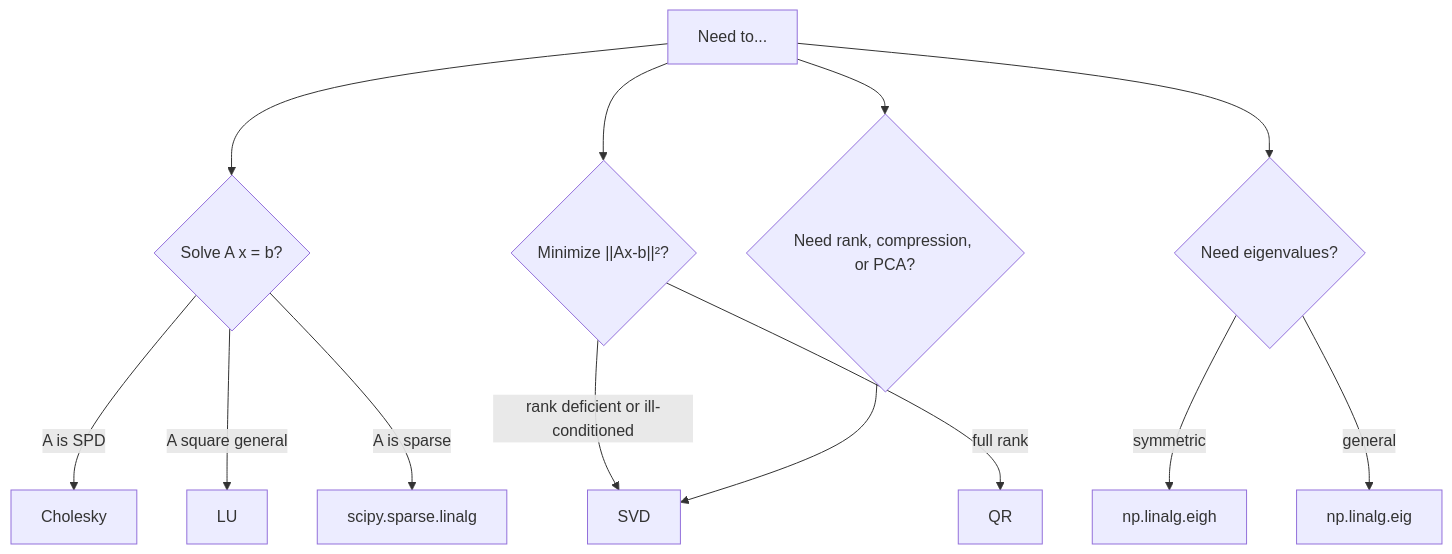
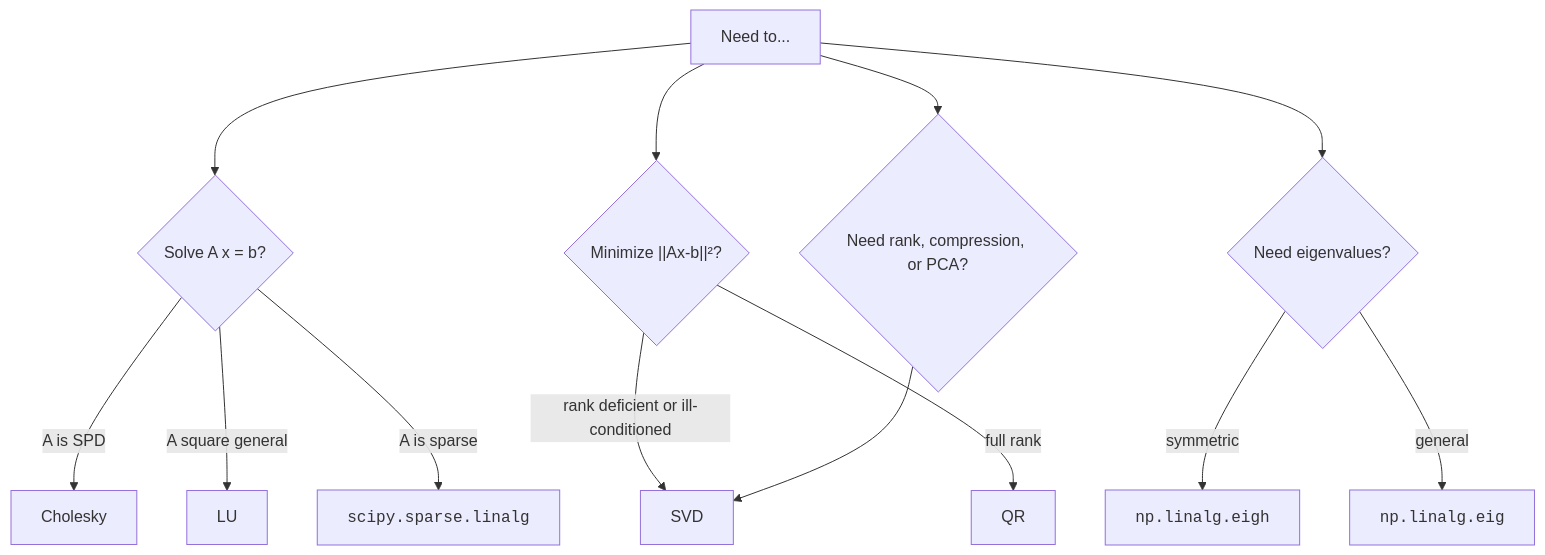
Before and after one commit to dataslope/dataslope: the second of 2 diagrams in content/learn/scientific-computing-python/matrix-decompositions.mdx, drawn with Mermaid. The commit also changed 218 other files, not shown here.

First line of the commit message:
Render code-only mermaid shapes in monospace; convert step sequences to Steps (#467)

````diff
--- a/content/learn/scientific-computing-python/matrix-decompositions.mdx
+++ b/content/learn/scientific-computing-python/matrix-decompositions.mdx
@@ -335,16 +335,16 @@
 ```mermaid
 flowchart TB
     Q["Need to..."]
     Q --> Q1{"Solve A x = b?"}
     Q1 -- "A is SPD" --> CH[Cholesky]
     Q1 -- "A square general" --> LU
-    Q1 -- "A is sparse" --> SP["scipy.sparse.linalg"]
+    Q1 -- "A is sparse" --> SP["<code>scipy.sparse.linalg</code>"]
     Q --> Q2{"Minimize ||Ax-b||²?"}
     Q2 -- "rank deficient or ill-conditioned" --> SVD
     Q2 -- "full rank" --> QR
     Q --> Q3{"Need eigenvalues?"}
-    Q3 -- "symmetric" --> Eigh["np.linalg.eigh"]
-    Q3 -- "general" --> Eig["np.linalg.eig"]
+    Q3 -- "symmetric" --> Eigh["<code>np.linalg.eigh</code>"]
+    Q3 -- "general" --> Eig["<code>np.linalg.eig</code>"]
     Q --> Q4{"Need rank, compression, or PCA?"}
     Q4 --> SVD
 ```
````
